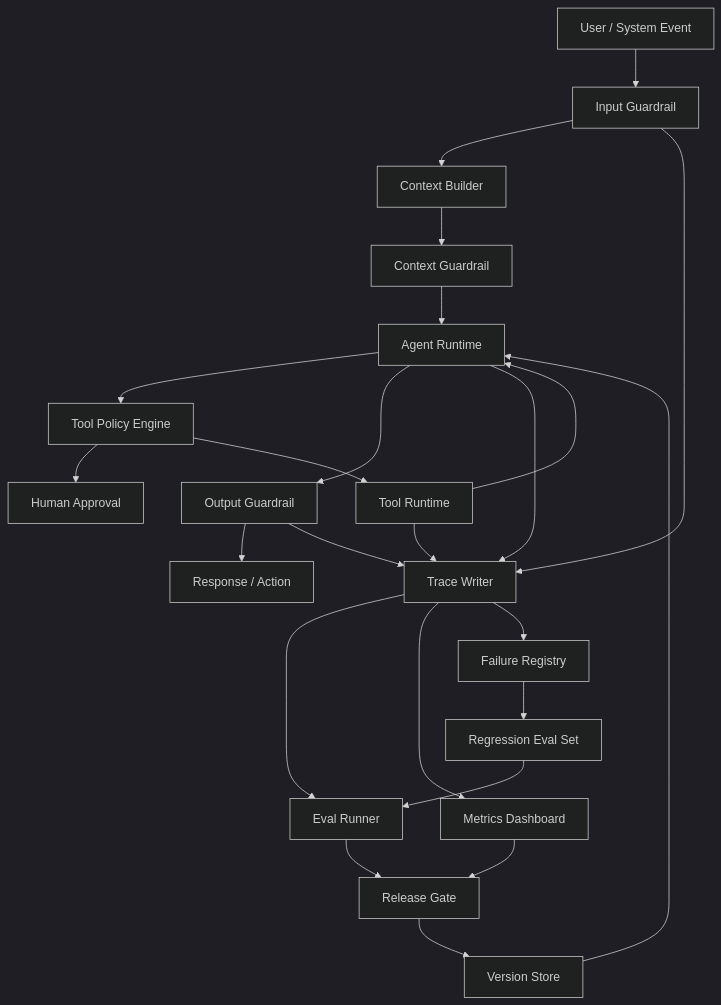
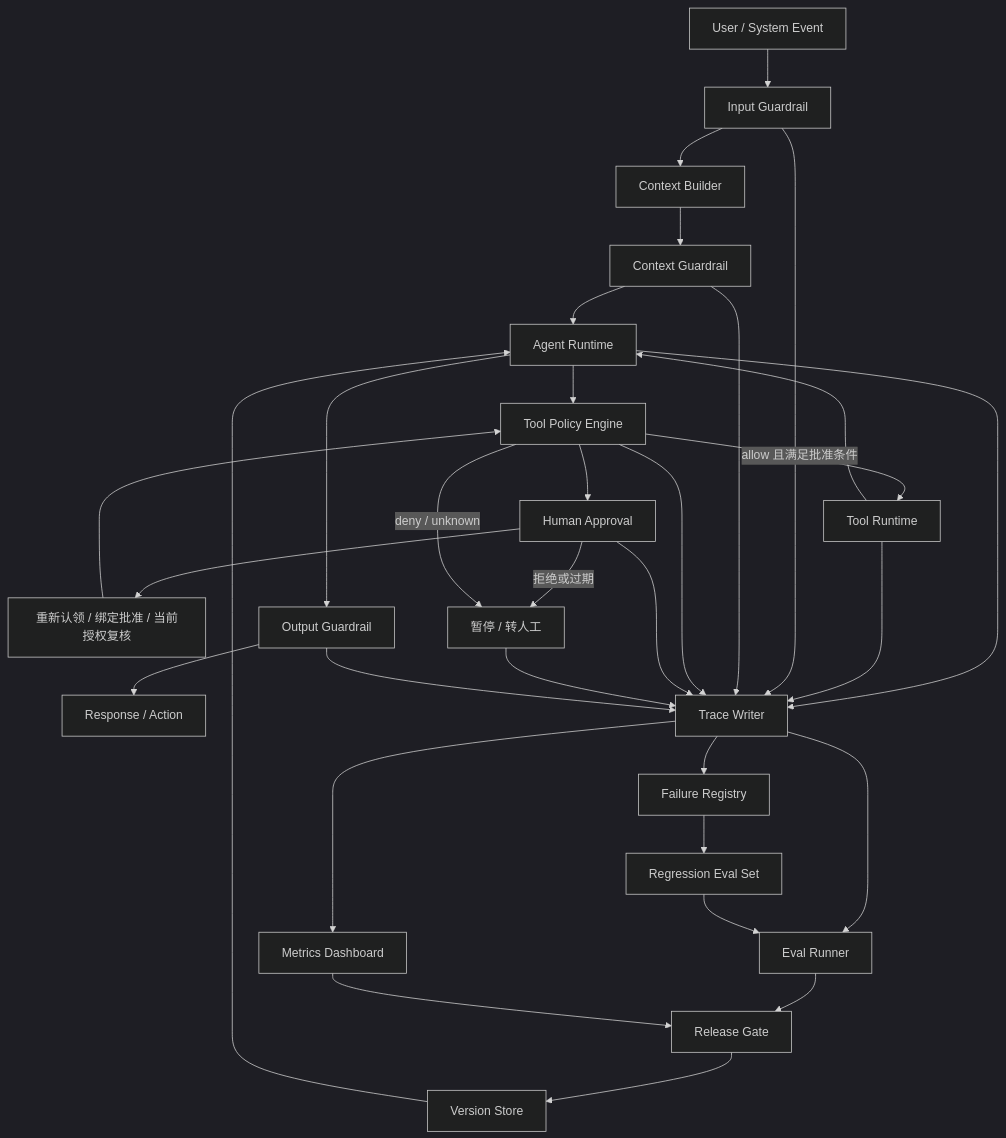
One commit to wxquare/wxquare.github.io changed the diagram in books/ai-book/src/part3/06-agent-governance-optimization.md. Above: the diagram before and after it, drawn with Mermaid (dark theme). The commit also changed other lines of this file and 27 other files, not shown here.

````diff
--- a/books/ai-book/src/part3/06-agent-governance-optimization.md
+++ b/books/ai-book/src/part3/06-agent-governance-optimization.md
@@ -91,30 +93,38 @@
 ```mermaid
 flowchart TB
     User["User / System Event"] --> InputGuard["Input Guardrail"]
     InputGuard --> ContextBuilder["Context Builder"]
     ContextBuilder --> ContextGuard["Context Guardrail"]
     ContextGuard --> Agent["Agent Runtime"]
 
     Agent --> ToolPolicy["Tool Policy Engine"]
     ToolPolicy --> Approval["Human Approval"]
-    ToolPolicy --> ToolRuntime["Tool Runtime"]
+    Approval --> Recheck["重新认领 / 绑定批准 / 当前授权复核"]
+    Recheck --> ToolPolicy
+    Approval -->|拒绝或过期| Paused["暂停 / 转人工"]
+    ToolPolicy -->|allow 且满足批准条件| ToolRuntime["Tool Runtime"]
+    ToolPolicy -->|deny / unknown| Paused
     ToolRuntime --> Agent
 
     Agent --> OutputGuard["Output Guardrail"]
     OutputGuard --> Response["Response / Action"]
 
     Agent --> Trace["Trace Writer"]
     ToolRuntime --> Trace
     InputGuard --> Trace
+    ContextGuard --> Trace
+    ToolPolicy --> Trace
+    Approval --> Trace
+    Paused --> Trace
     OutputGuard --> Trace
 
     Trace --> EvalRunner["Eval Runner"]
     Trace --> Metrics["Metrics Dashboard"]
     Trace --> FailureRegistry["Failure Registry"]
     FailureRegistry --> Regression["Regression Eval Set"]
     Regression --> EvalRunner
     EvalRunner --> ReleaseGate["Release Gate"]
     Metrics --> ReleaseGate
     ReleaseGate --> VersionStore["Version Store"]
     VersionStore --> Agent
 ```
````
